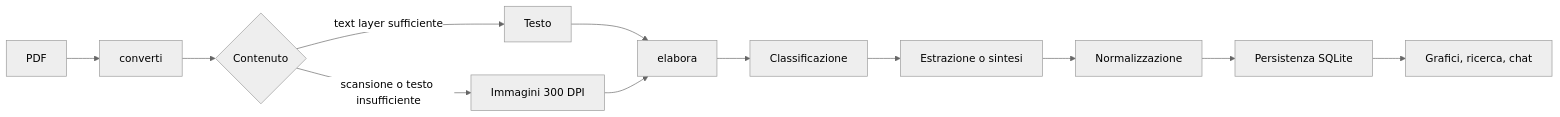
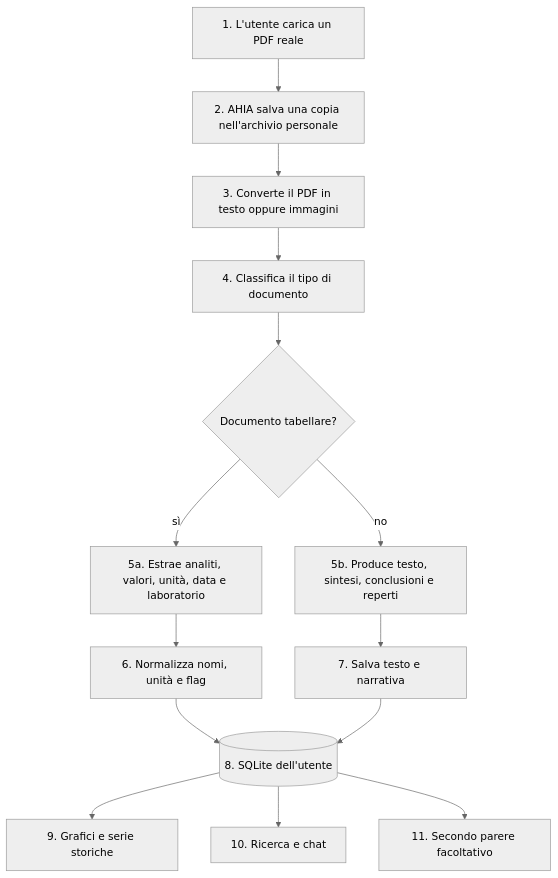
One commit to vonausterliz/AHIA changed the first of 2 diagrams in docs/ARCHITETTURA.md. Above: the diagram before and after it, drawn with Mermaid (neutral theme). The commit also changed other lines of this file and 8 other files, not shown here.

````diff
--- a/docs/ARCHITETTURA.md
+++ b/docs/ARCHITETTURA.md
@@ -48,14 +20,16 @@
 ```mermaid
-flowchart LR
-    PDF[PDF] --> C[converti]
-    C --> K{Contenuto}
-    K -->|text layer sufficiente| TXT[Testo]
-    K -->|scansione o testo insufficiente| IMG[Immagini 300 DPI]
-    TXT --> E[elabora]
-    IMG --> E
-    E --> CLASS[Classificazione]
-    CLASS --> EX[Estrazione o sintesi]
-    EX --> N[Normalizzazione]
-    N --> S[Persistenza SQLite]
-    S --> USE[Grafici, ricerca, chat]
+flowchart TB
+    A[1. L'utente carica un PDF reale] --> B[2. AHIA salva una copia nell'archivio personale]
+    B --> C[3. Converte il PDF in testo oppure immagini]
+    C --> D[4. Classifica il tipo di documento]
+    D --> E{Documento tabellare?}
+    E -- sì --> F[5a. Estrae analiti, valori, unità, data e laboratorio]
+    E -- no --> G[5b. Produce testo, sintesi, conclusioni e reperti]
+    F --> H[6. Normalizza nomi, unità e flag]
+    G --> I[7. Salva testo e narrativa]
+    H --> J[(8. SQLite dell'utente)]
+    I --> J
+    J --> K[9. Grafici e serie storiche]
+    J --> L[10. Ricerca e chat]
+    J --> M[11. Secondo parere facoltativo]
 ```
````
